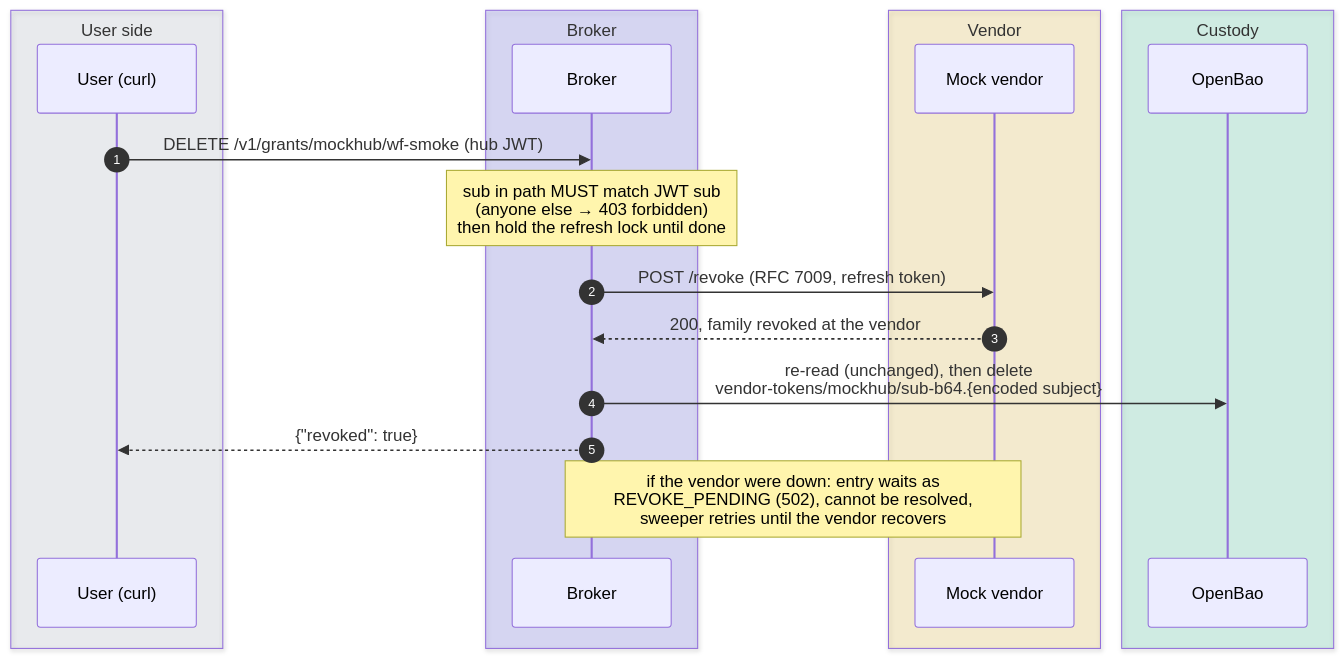
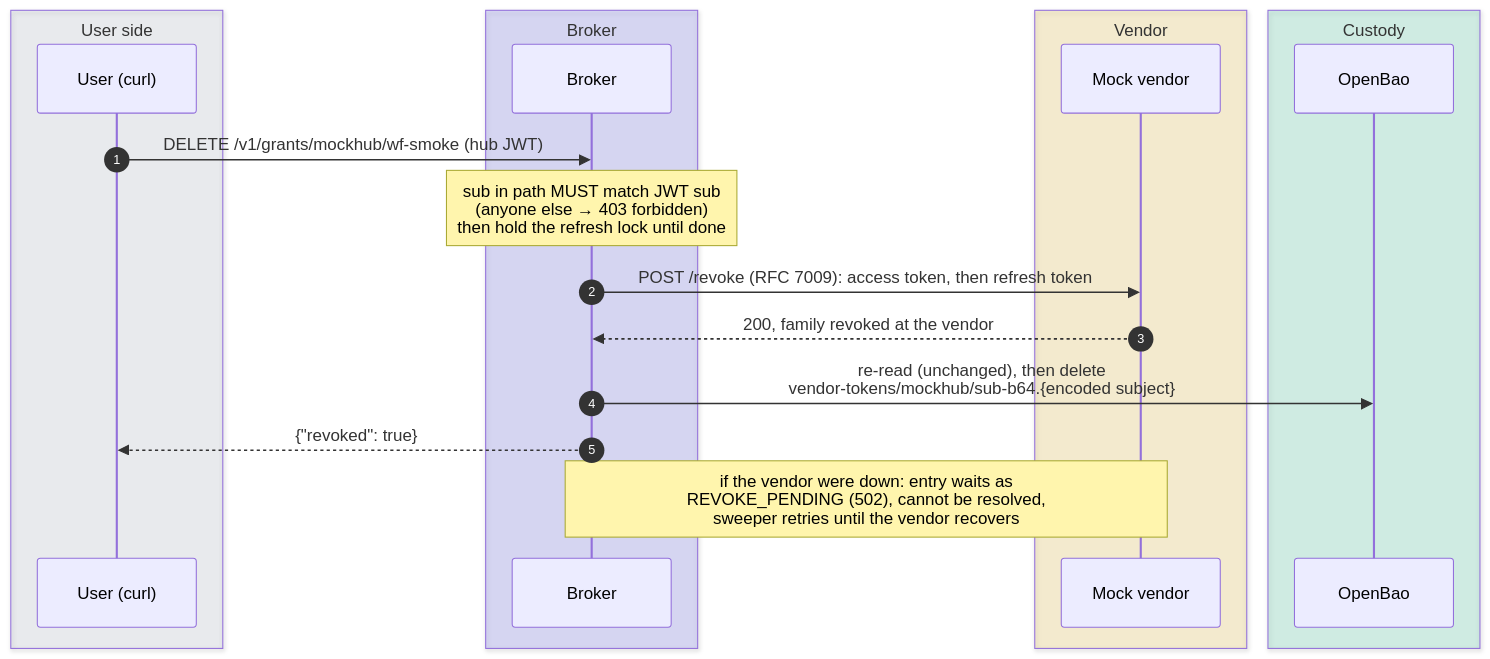
One commit to chief-builder/vendor-token-broker changed the sixth of 7 diagrams in docs/smoke-tests.md. Above: the diagram before and after it, drawn with Mermaid. The commit also changed 9 other files, not shown here.

````diff
--- a/docs/smoke-tests.md
+++ b/docs/smoke-tests.md
@@ -445,23 +445,23 @@
 ```mermaid
 sequenceDiagram
     autonumber
     box rgba(148,163,184,0.14) User side
         participant U as User (curl)
     end
     box rgba(99,102,241,0.20) Broker
         participant B as Broker
     end
     box rgba(234,179,8,0.16) Vendor
         participant M as Mock vendor
     end
     box rgba(16,185,129,0.16) Custody
         participant V as OpenBao
     end
     U->>B: DELETE /v1/grants/mockhub/wf-smoke (hub JWT)
     Note over B: sub in path MUST match JWT sub<br/>(anyone else → 403 forbidden)<br/>then hold the refresh lock until done
-    B->>M: POST /revoke (RFC 7009, refresh token)
+    B->>M: POST /revoke (RFC 7009): access token, then refresh token
     M-->>B: 200, family revoked at the vendor
     B->>V: re-read (unchanged), then delete<br/>vendor-tokens/mockhub/sub-b64.{encoded subject}
     B-->>U: {"revoked": true}
     Note over B,M: if the vendor were down: entry waits as<br/>REVOKE_PENDING (502), cannot be resolved,<br/>sweeper retries until the vendor recovers
 ```
````
